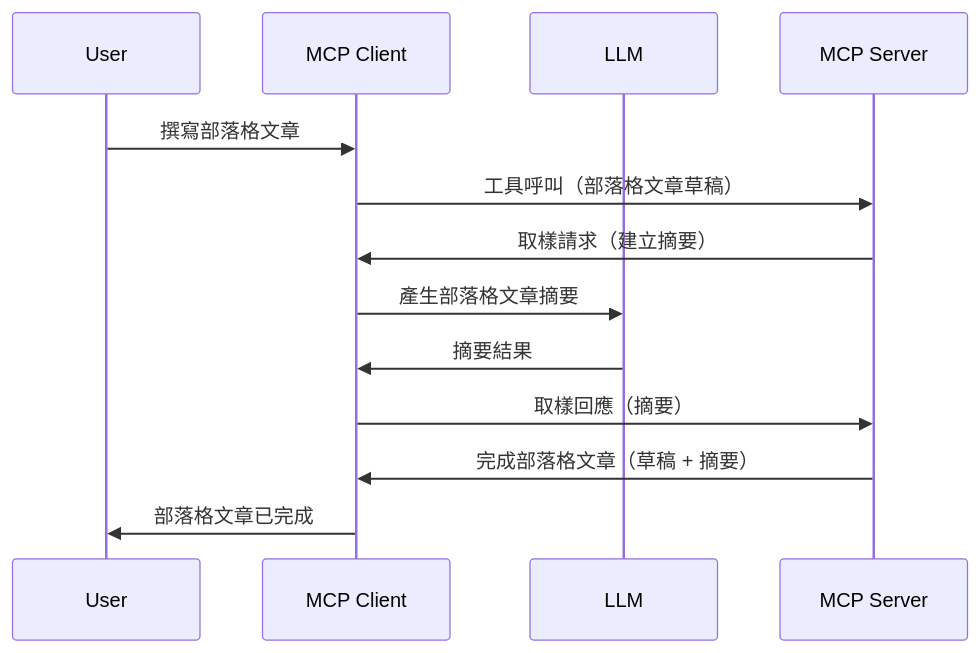
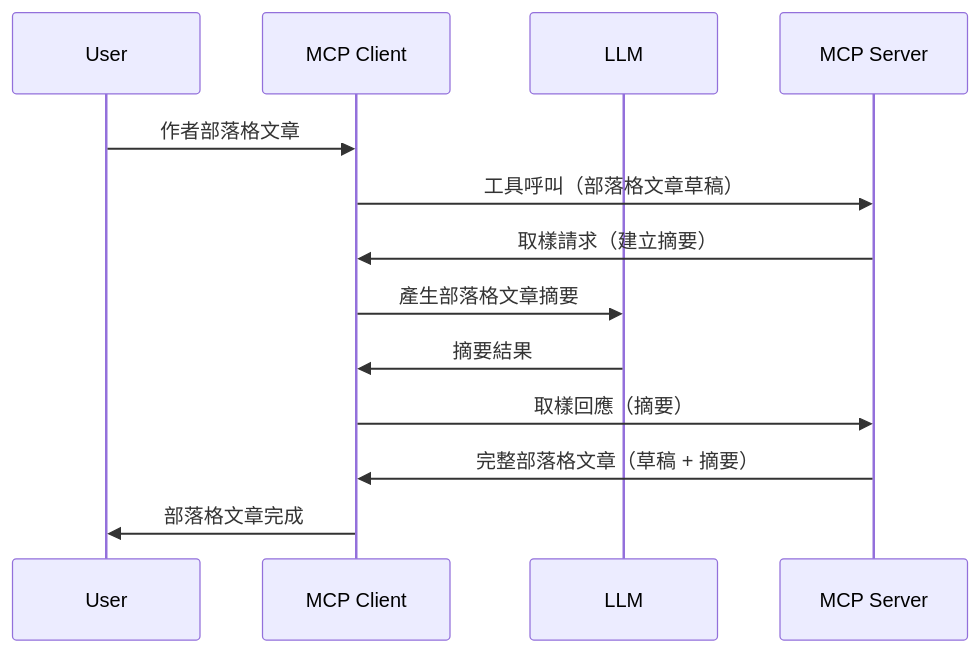
Before and after one commit to HIDORAKAI002/ai-workspace-archive: the diagram in mcp_ecosystem__model_context_protocol/mcp_learning_resources/mcp-for-beginners/translations/zh-TW/03-GettingStarted/14-sampling/README.md, drawn with Mermaid. The commit also changed other lines of this file and 1046 other files, not shown here.

````diff
--- a/mcp_ecosystem__model_context_protocol/mcp_learning_resources/mcp-for-beginners/translations/zh-TW/03-GettingStarted/14-sampling/README.md
+++ b/mcp_ecosystem__model_context_protocol/mcp_learning_resources/mcp-for-beginners/translations/zh-TW/03-GettingStarted/14-sampling/README.md
@@ -23,16 +25,16 @@
 ```mermaid
 sequenceDiagram
     participant User
     participant MCP Client
     participant LLM
     participant MCP Server
 
-    User->>MCP Client: 撰寫部落格文章
+    User->>MCP Client: 作者部落格文章
     MCP Client->>MCP Server: 工具呼叫（部落格文章草稿）
     MCP Server->>MCP Client: 取樣請求（建立摘要）
     MCP Client->>LLM: 產生部落格文章摘要
     LLM->>MCP Client: 摘要結果
     MCP Client->>MCP Server: 取樣回應（摘要）
-    MCP Server->>MCP Client: 完成部落格文章（草稿 + 摘要）
-    MCP Client->>User: 部落格文章已完成
+    MCP Server->>MCP Client: 完整部落格文章（草稿 + 摘要）
+    MCP Client->>User: 部落格文章完成
 ```
````
